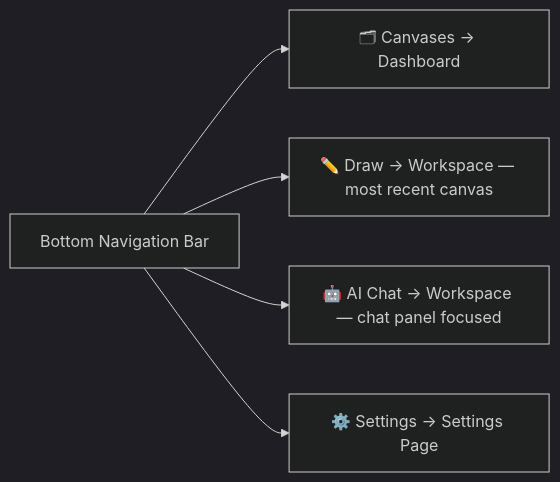
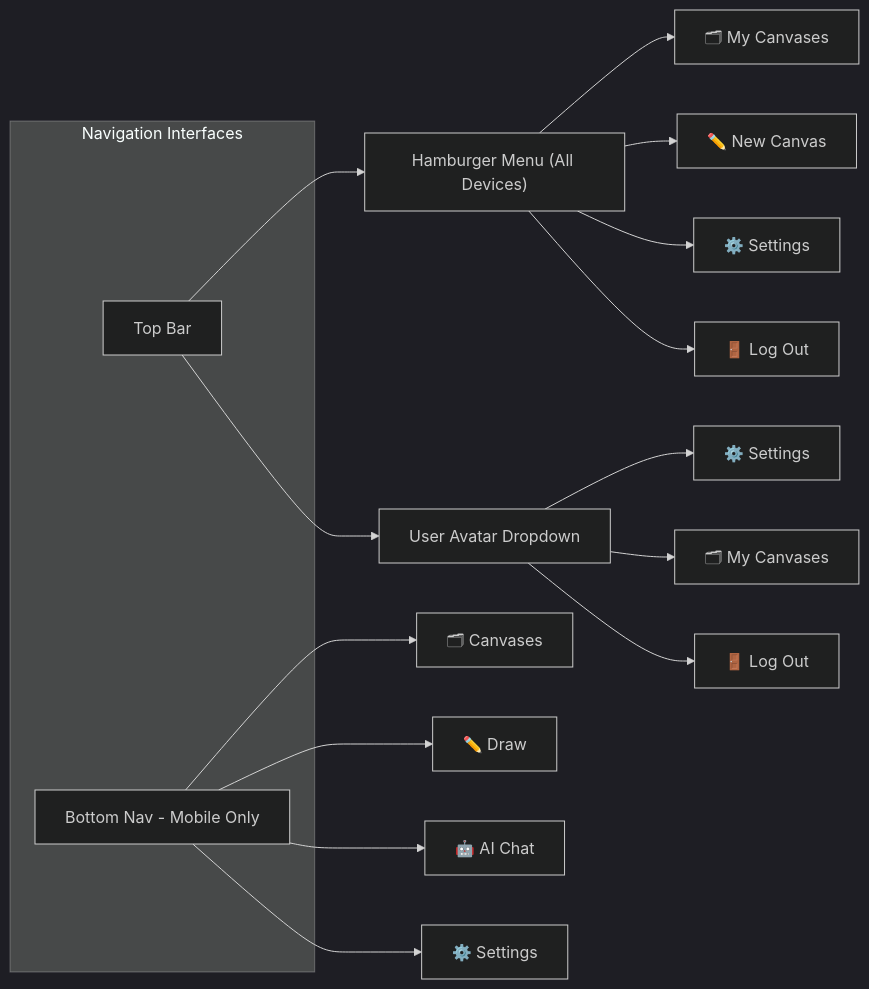
One commit to backshotrecords/REPO-INTELLIDRAW changed the fourth of 4 diagrams in Logic_flow/IntelliDraw_flowchart.md. Above: the diagram before and after it, drawn with Mermaid (dark theme). The commit also changed other lines of this file, not shown here.

Commit message:
docs: update logic flowchart to reflect latest navigation and chat UI changes

````diff
--- a/Logic_flow/IntelliDraw_flowchart.md
+++ b/Logic_flow/IntelliDraw_flowchart.md
@@ -223,12 +223,26 @@
 ```mermaid
 flowchart LR
-    %% Bottom nav tabs and their destinations
-    %% "Draw" and "AI Chat" both route into the Workspace
-    %% because chat is embedded in the canvas per the logic flow
+    %% All primary navigational mechanisms
 
-    NAV[Bottom Navigation Bar]
-    NAV --> TAB_CANVASES["🗂 Canvases → Dashboard"]
-    NAV --> TAB_DRAW["✏️ Draw → Workspace — most recent canvas"]
-    NAV --> TAB_CHAT["🤖 AI Chat → Workspace — chat panel focused"]
-    NAV --> TAB_SETTINGS["⚙️ Settings → Settings Page"]
+    subgraph Navigation Interfaces
+        TOP_BAR[Top Bar]
+        BOT_NAV[Bottom Nav - Mobile Only]
+    end
+
+    TOP_BAR --> HAMBURGER["Hamburger Menu (All Devices)"]
+    TOP_BAR --> AVATAR["User Avatar Dropdown"]
+
+    HAMBURGER --> HM_DASH["🗂 My Canvases"]
+    HAMBURGER --> HM_NEW["✏️ New Canvas"]
+    HAMBURGER --> HM_SET["⚙️ Settings"]
+    HAMBURGER --> HM_LOGOUT["🚪 Log Out"]
+
+    AVATAR --> AV_SET["⚙️ Settings"]
+    AVATAR --> AV_DASH["🗂 My Canvases"]
+    AVATAR --> AV_LOGOUT["🚪 Log Out"]
+
+    BOT_NAV --> TAB_CANVASES["🗂 Canvases"]
+    BOT_NAV --> TAB_DRAW["✏️ Draw"]
+    BOT_NAV --> TAB_CHAT["🤖 AI Chat"]
+    BOT_NAV --> TAB_SETTINGS["⚙️ Settings"]
 ```
````
